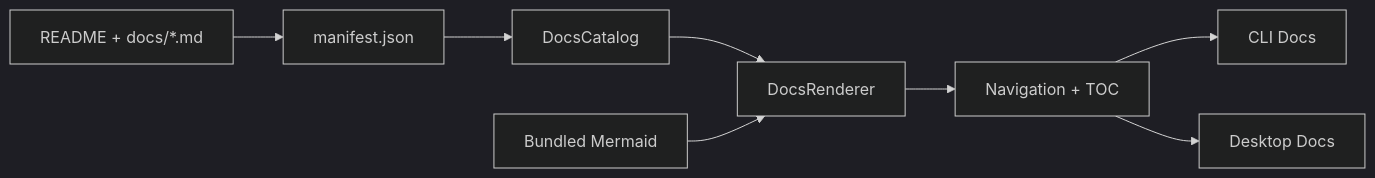
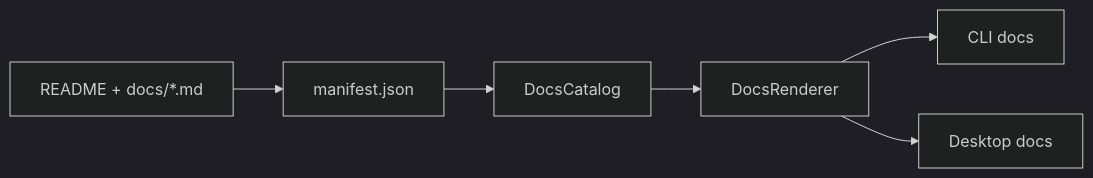
One commit to tks18/personal-finance-etl changed diagram 14 of 20 in README.md. Above: the diagram before and after it, drawn with Mermaid (dark theme). The commit also changed other lines of this file, not shown here.

````diff
--- a/README.md
+++ b/README.md
@@ -1028,10 +595,8 @@
 ```mermaid
 flowchart LR
     MD["README + docs/*.md"] --> MAN["manifest.json"]
     MAN --> CAT["DocsCatalog"]
     CAT --> RENDER["DocsRenderer"]
-    MER["Bundled Mermaid"] --> RENDER
-    RENDER --> NAV["Navigation + TOC"]
-    NAV --> CLI["CLI Docs"]
-    NAV --> GUI["Desktop Docs"]
+    RENDER --> CLI["CLI docs"]
+    RENDER --> GUI["Desktop docs"]
 ```
````
